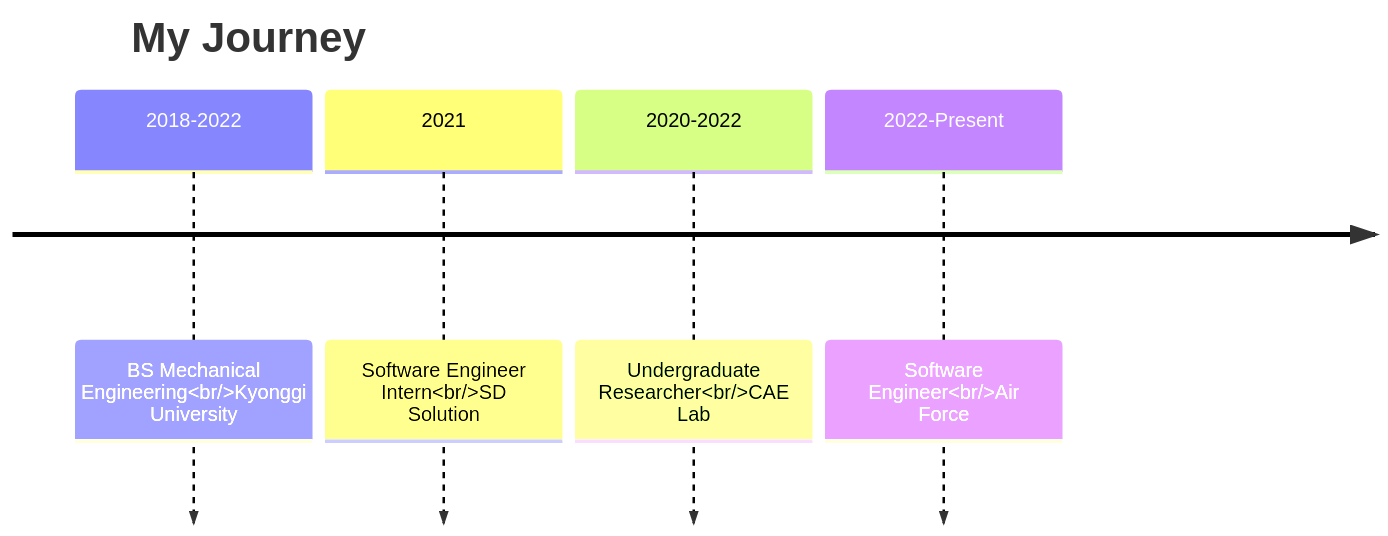
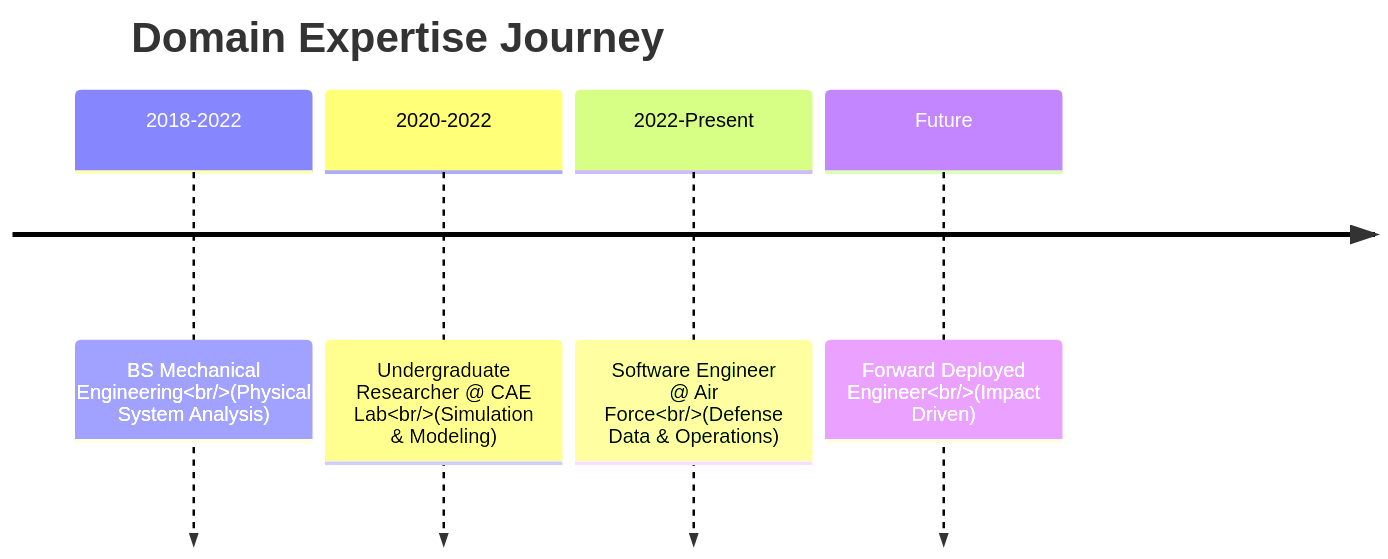
The diagram in README.md (LUKE-hyungjin/LUKE-hyungjin), drawn with Mermaid before and after one commit. The commit also changed other lines of this file, not shown here.

````diff
--- a/README.md
+++ b/README.md
@@ -41,8 +45,9 @@
 ```mermaid
 timeline
-    title My Journey
-    2018-2022 : BS Mechanical Engineering<br/>Kyonggi University
-    2021 : Software Engineer Intern<br/>SD Solution
-    2020-2022 : Undergraduate Researcher<br/>CAE Lab
-    2022-Present : Software Engineer<br/>Air Force
+    title Domain Expertise Journey
+    2018-2022 : BS Mechanical Engineering<br/>(Physical System Analysis)
+    2020-2022 : Undergraduate Researcher @ CAE Lab<br/>(Simulation & Modeling)
+    2022-Present : Software Engineer @ Air Force<br/>(Defense Data & Operations)
+    Future : Forward Deployed Engineer<br/>(Impact Driven)
+
 ```
````
